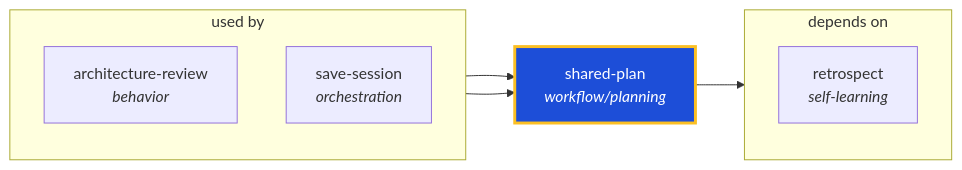
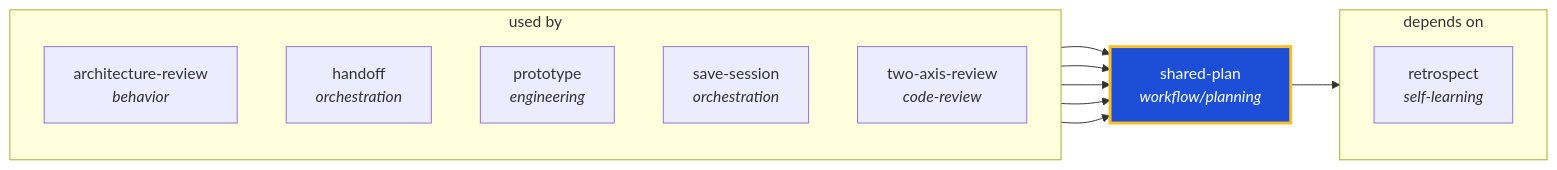
The diagram in docs/graphs/generated/shared-plan.md (ThePlenkov/skills), drawn with Mermaid before and after one commit. The commit also changed other lines of this file and 76 other files, not shown here.

````diff
--- a/docs/graphs/generated/shared-plan.md
+++ b/docs/graphs/generated/shared-plan.md
@@ -22,20 +22,26 @@
 ```mermaid
 graph LR
   shared_plan["shared-plan<br/><i>workflow/planning</i>"]
   classDef center fill:#1d4ed8,stroke:#fbbf24,stroke-width:3px,color:#fff
   class shared_plan center
 
   subgraph sg_used_by["used by"]
     direction TB
     architecture_review["architecture-review<br/><i>behavior</i>"]
+    handoff["handoff<br/><i>orchestration</i>"]
+    prototype["prototype<br/><i>engineering</i>"]
     save_session["save-session<br/><i>orchestration</i>"]
+    two_axis_review["two-axis-review<br/><i>code-review</i>"]
   end
   architecture_review --> shared_plan
+  handoff --> shared_plan
+  prototype --> shared_plan
   save_session --> shared_plan
+  two_axis_review --> shared_plan
 
   subgraph sg_depends_on["depends on"]
     direction TB
     retrospect["retrospect<br/><i>self-learning</i>"]
   end
   shared_plan --> retrospect
 ```
````
